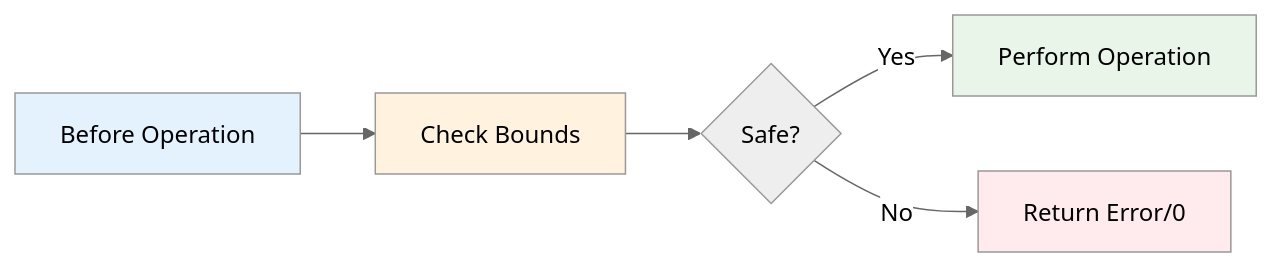
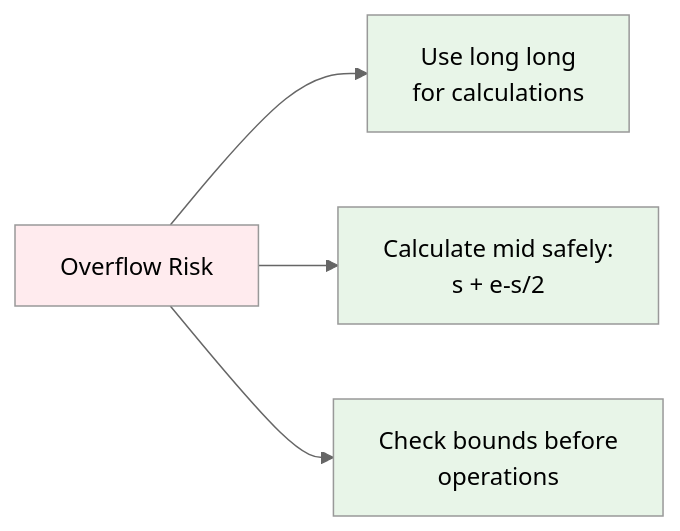
Diagram 11 of 14 in README.md (LuckyLongre123/README_RUNNER), drawn with Mermaid (neutral theme) before and after one commit. The commit also changed other lines of this file, not shown here.

````diff
--- a/README.md
+++ b/README.md
@@ -299,12 +352,11 @@
 ```mermaid
-graph LR
-    A[Before Operation] --> B[Check Bounds]
-    B --> C{Safe?}
-    C -->|Yes| D[Perform Operation]
-    C -->|No| E[Return Error/0]
+flowchart LR
+    A[Overflow Risk] --> B[Use long long<br/>for calculations]
+    A --> C[Calculate mid safely:<br/>s + e-s/2]
+    A --> D[Check bounds before<br/>operations]
     
-    style A fill:#e3f2fd
-    style B fill:#fff3e0
+    style A fill:#ffebee
+    style B fill:#e8f5e8
+    style C fill:#e8f5e8
     style D fill:#e8f5e8
-    style E fill:#ffebee
 ```
````
